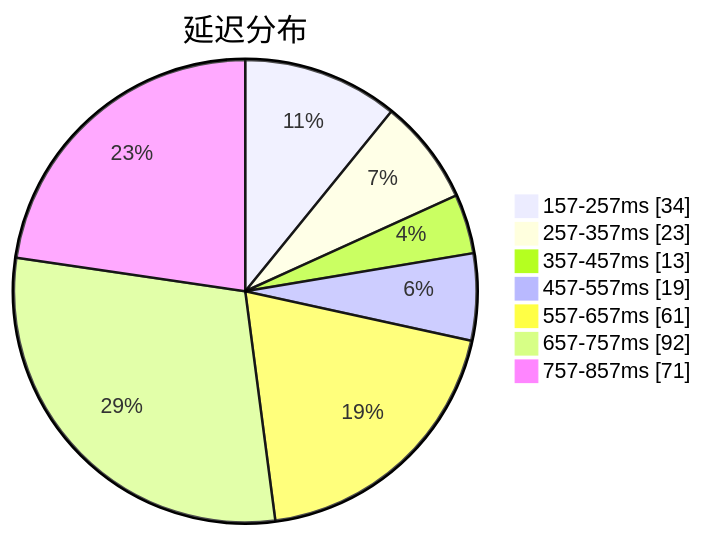
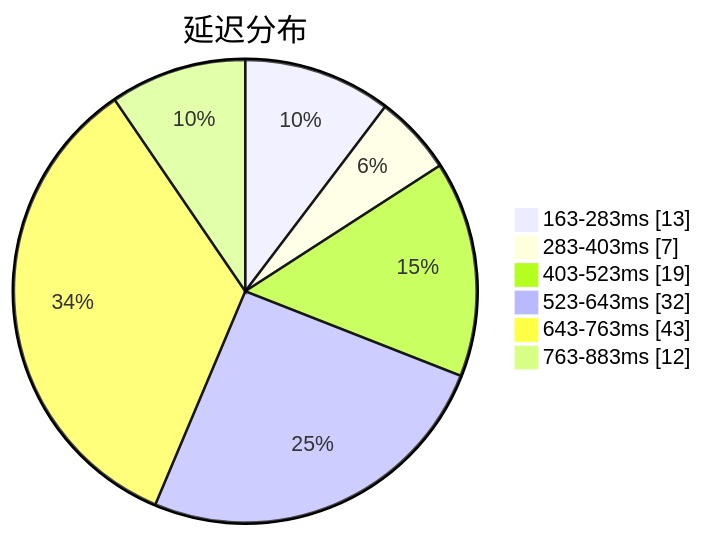
The first of 3 diagrams in subs/statistics/tested_within.md (qjlxg/airport), drawn with Mermaid before and after one commit. The commit also changed other lines of this file and 2 other files, not shown here.

````diff
--- a/subs/statistics/tested_within.md
+++ b/subs/statistics/tested_within.md
@@ -2,11 +2,10 @@
 ```mermaid
 pie showData
 title 延迟分布
-"157-257ms" : 34
-"257-357ms" : 23
-"357-457ms" : 13
-"457-557ms" : 19
-"557-657ms" : 61
-"657-757ms" : 92
-"757-857ms" : 71
+"163-283ms" : 13
+"283-403ms" : 7
+"403-523ms" : 19
+"523-643ms" : 32
+"643-763ms" : 43
+"763-883ms" : 12
 ```
````
